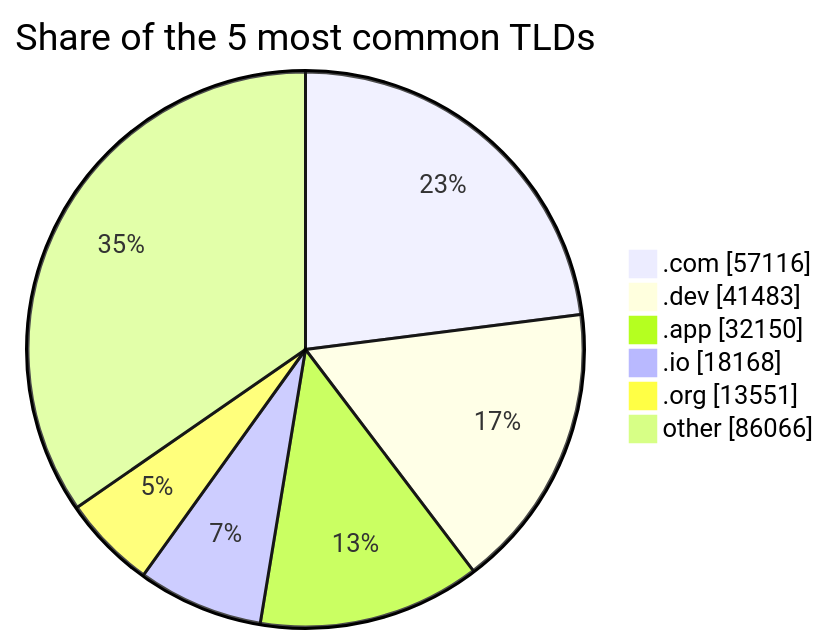
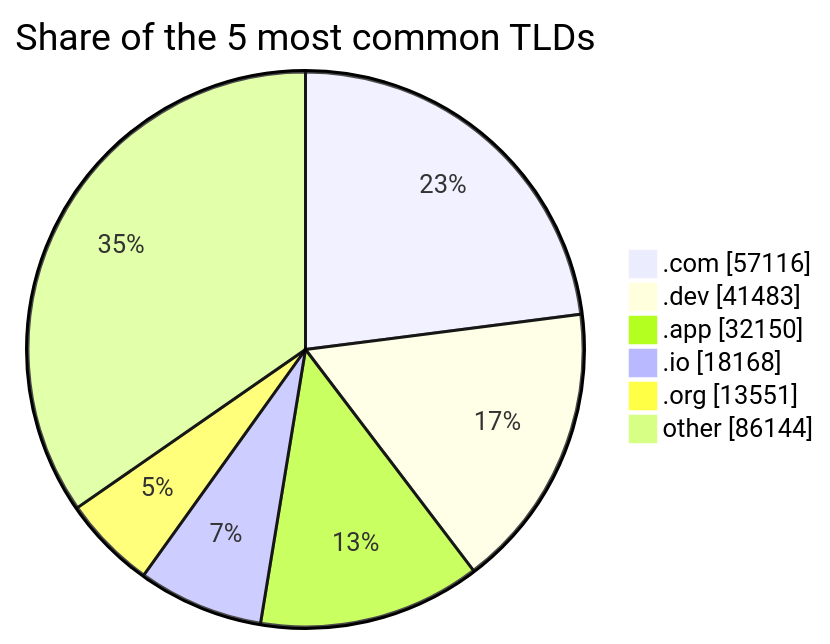
Before and after one commit to DNSBunker/CTI: the second of 2 diagrams in README.md, drawn with Mermaid. The commit also changed other lines of this file and 3 other files, not shown here.

````diff
--- a/README.md
+++ b/README.md
@@ -72,9 +72,9 @@
 ```mermaid
 pie showData title Share of the 5 most common TLDs
     ".com" : 57116
     ".dev" : 41483
     ".app" : 32150
     ".io" : 18168
     ".org" : 13551
-    "other" : 86066
+    "other" : 86144
 ```
````
